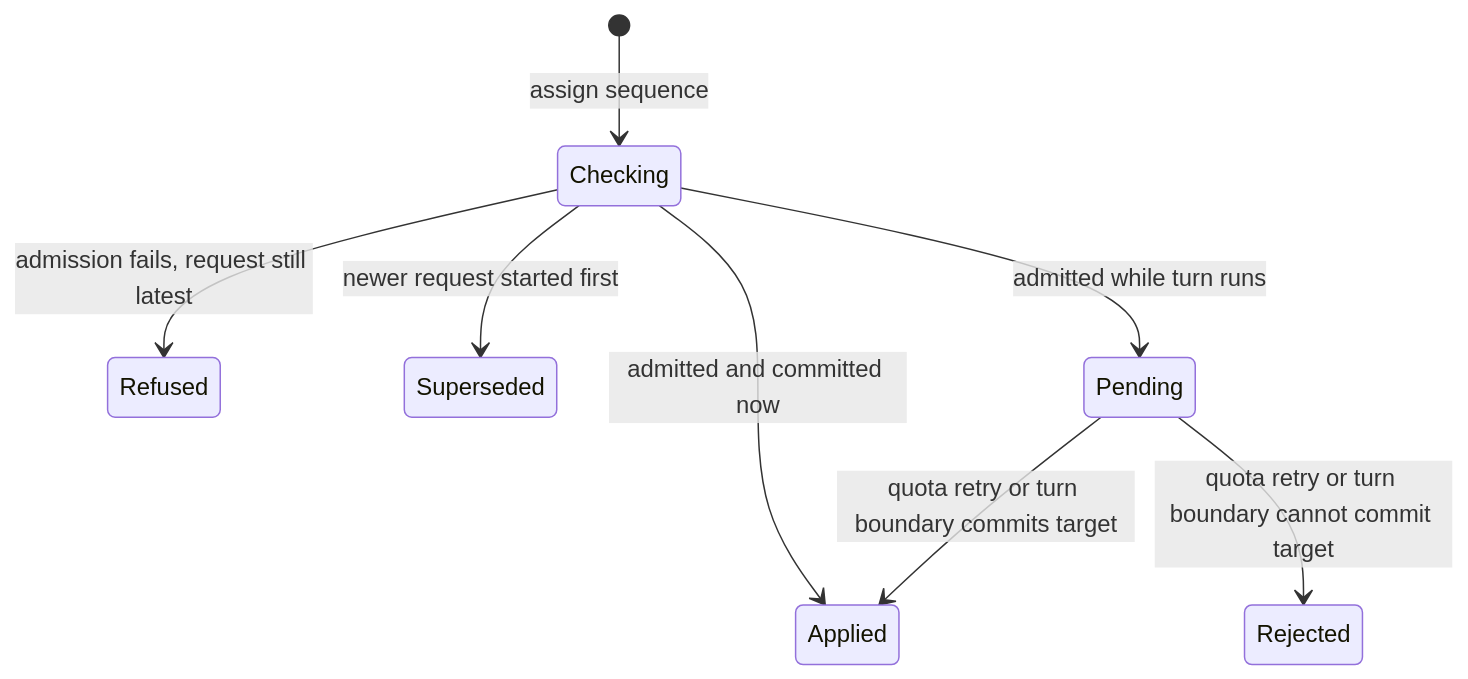
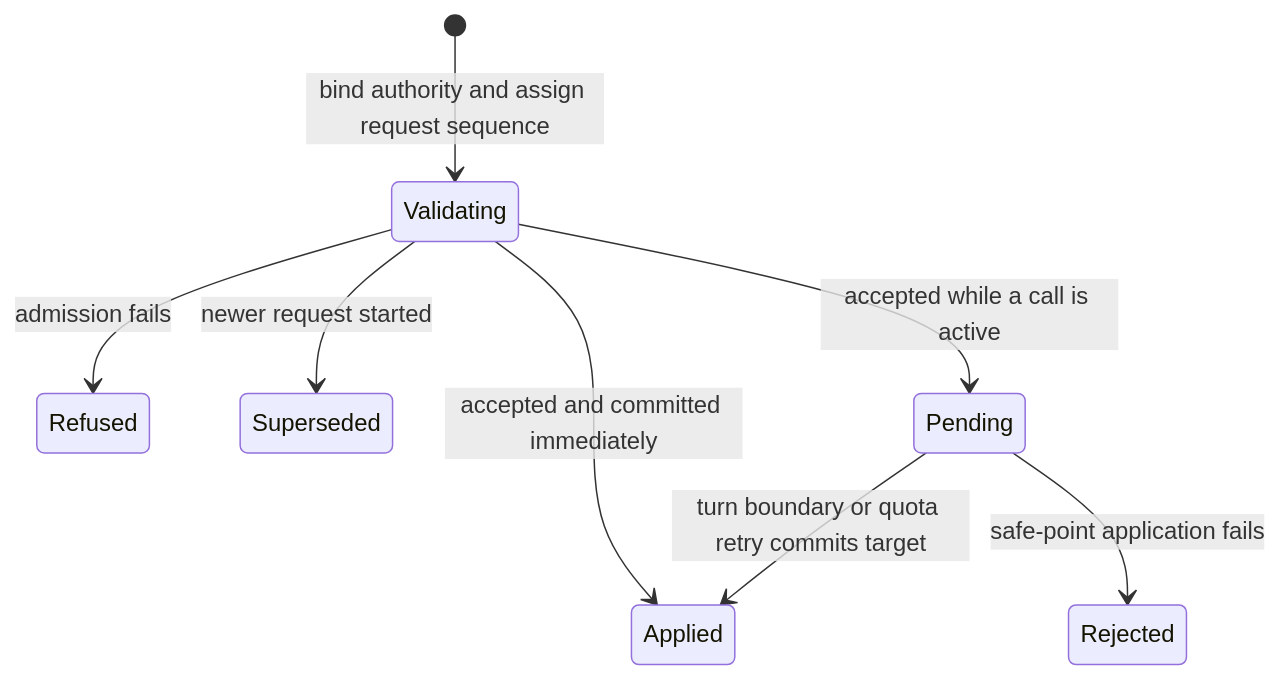
Before and after one commit to prime-radiant-inc/evener: the first of 2 diagrams in docs/superpowers/specs/2026-11-15-model-switch-authority-design.md, drawn with Mermaid. The commit also changed other lines of this file, not shown here.

````diff
--- a/docs/superpowers/specs/2026-11-15-model-switch-authority-design.md
+++ b/docs/superpowers/specs/2026-11-15-model-switch-authority-design.md
@@ -189,10 +189,10 @@
 ```mermaid
 stateDiagram-v2
-    [*] --> Checking: assign sequence
-    Checking --> Refused: admission fails, request still latest
-    Checking --> Superseded: newer request started first
-    Checking --> Pending: admitted while turn runs
-    Checking --> Applied: admitted and committed now
-    Pending --> Applied: quota retry or turn boundary commits target
-    Pending --> Rejected: quota retry or turn boundary cannot commit target
+    [*] --> Validating: bind authority and assign request sequence
+    Validating --> Refused: admission fails
+    Validating --> Superseded: newer request started
+    Validating --> Pending: accepted while a call is active
+    Validating --> Applied: accepted and committed immediately
+    Pending --> Applied: turn boundary or quota retry commits target
+    Pending --> Rejected: safe-point application fails
 ```
````
